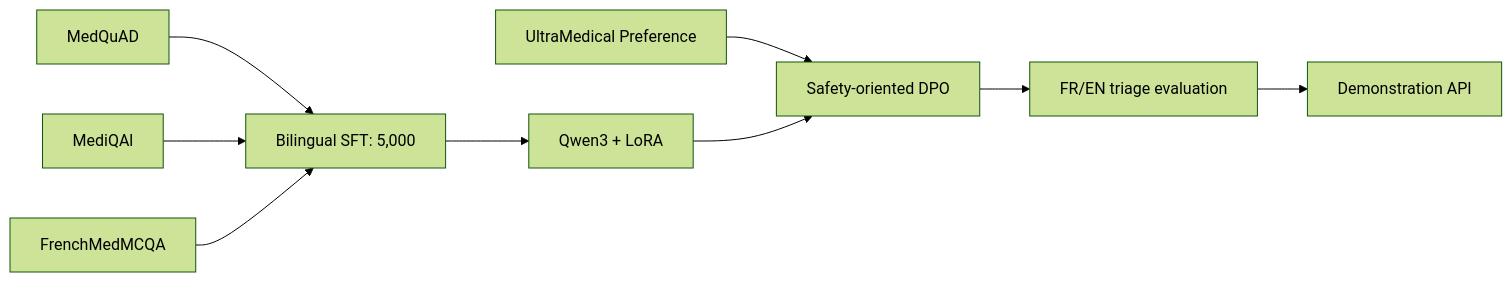
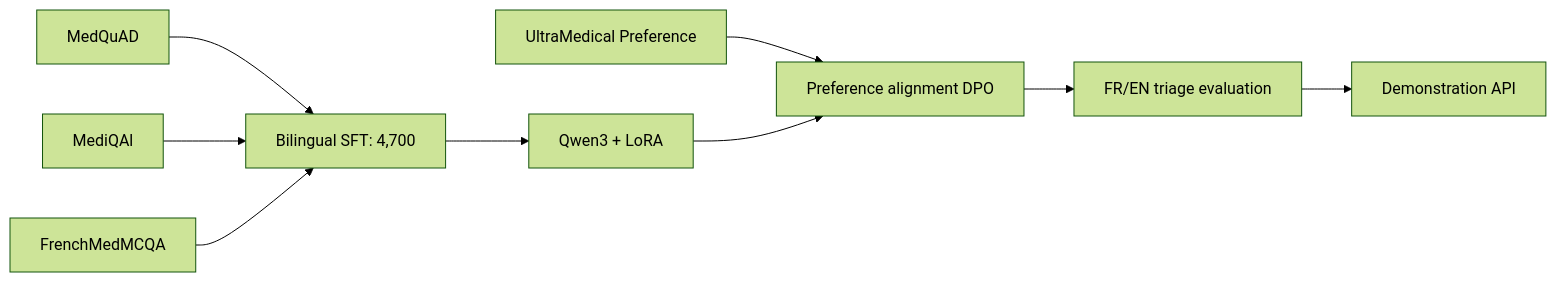
One commit to ppluton/medical-triage-llm-poc changed the diagram in README.md. Above: the diagram before and after it, drawn with Mermaid (forest theme). The commit also changed other lines of this file and 10 other files, not shown here.

````diff
--- a/README.md
+++ b/README.md
@@ -18,11 +18,11 @@
 ```mermaid
 flowchart LR
-  A[MedQuAD] --> D[Bilingual SFT: 5,000]
+  A[MedQuAD] --> D[Bilingual SFT: 4,700]
   B[MediQAl] --> D
   C[FrenchMedMCQA] --> D
   D --> E[Qwen3 + LoRA]
-  U[UltraMedical Preference] --> F[Safety-oriented DPO]
+  U[UltraMedical Preference] --> F[Preference alignment DPO]
   E --> F
   F --> G[FR/EN triage evaluation]
   G --> H[Demonstration API]
 ```
````
